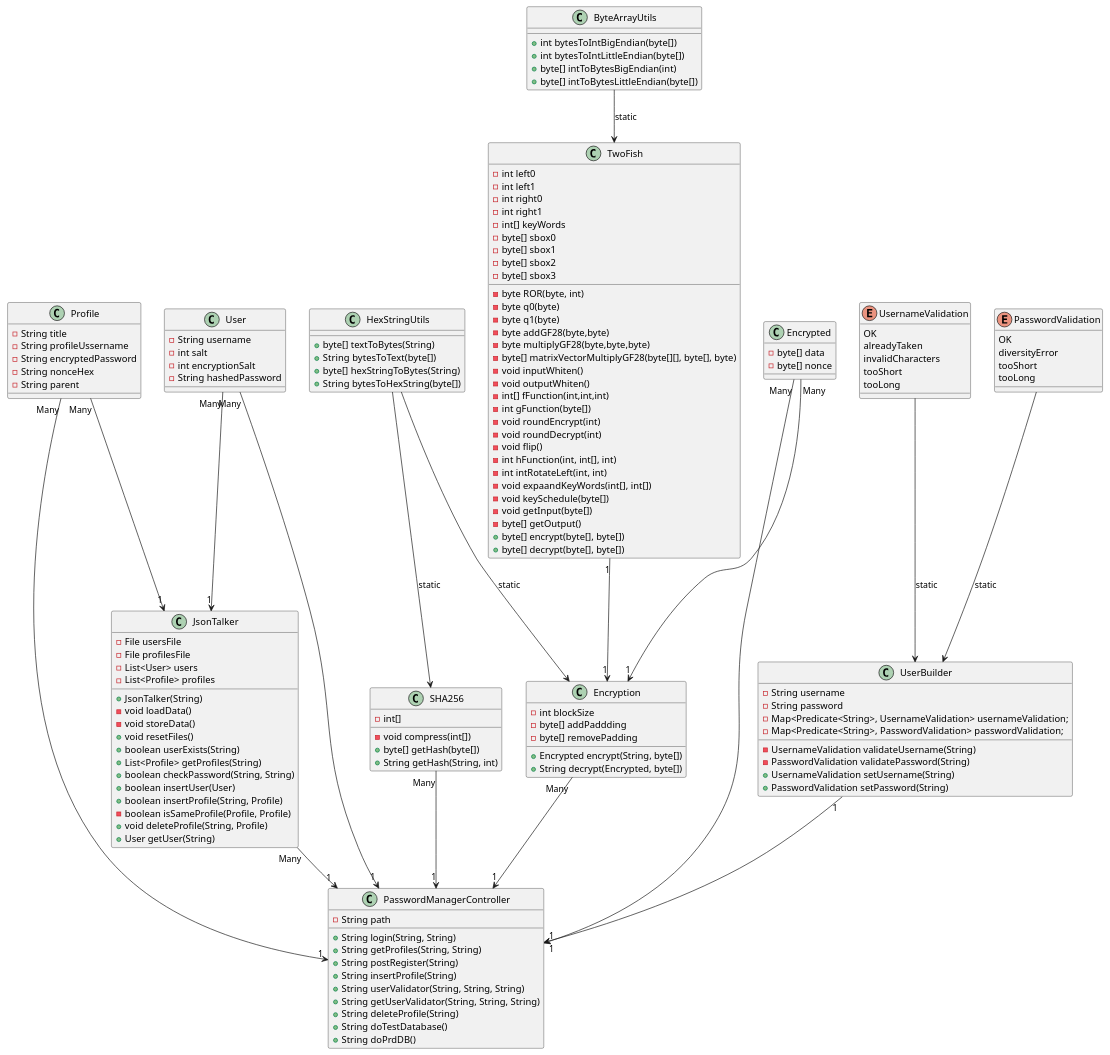
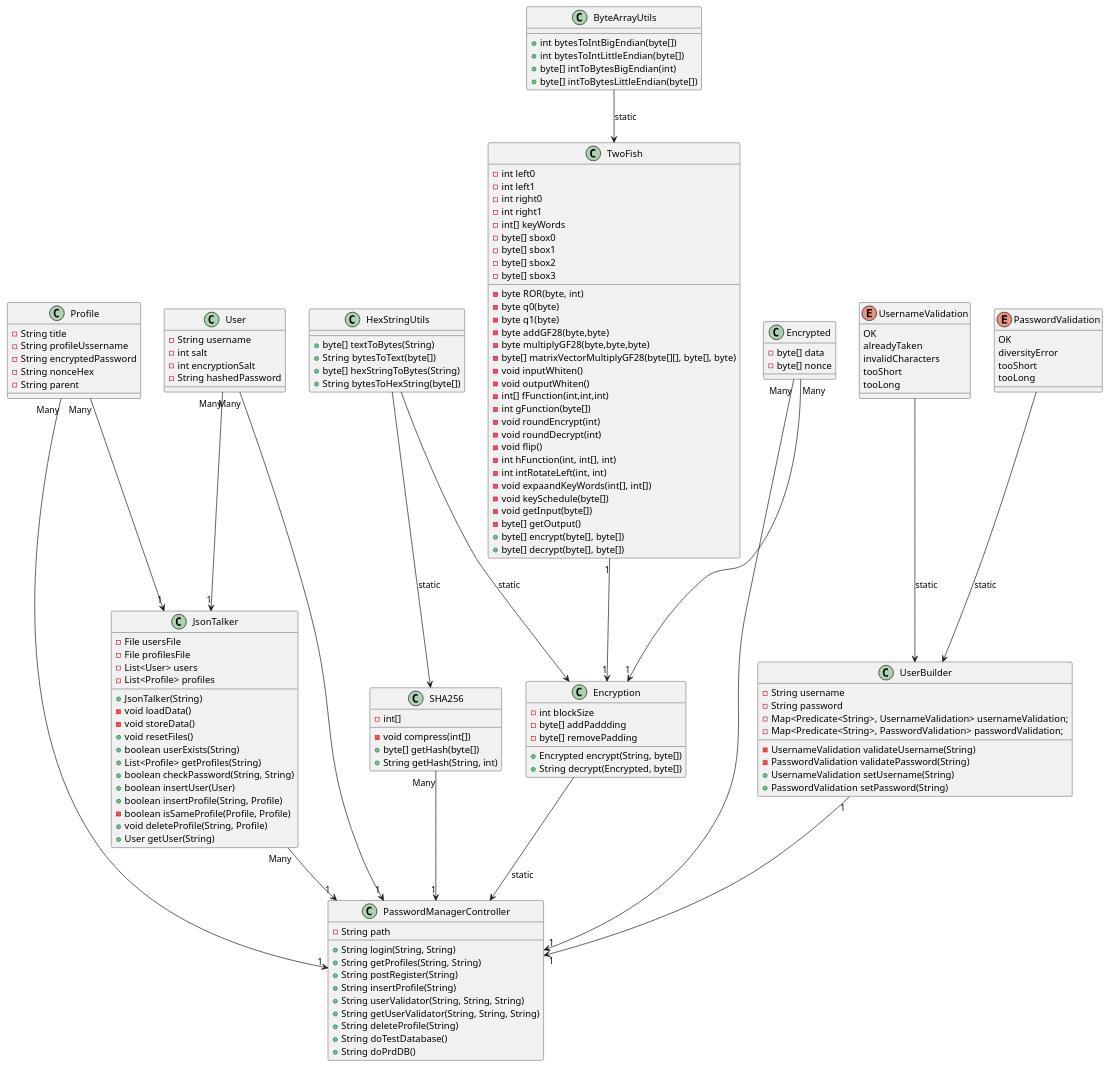
The diagram in docs/project-architecture/ClassDiagram.plantuml (julian-ao/password-manager), drawn with PlantUML before and after one commit.

Commit message:
update to class diagram
Author @sondrkol

relates #79

```diff
--- a/docs/project-architecture/ClassDiagram.plantuml
+++ b/docs/project-architecture/ClassDiagram.plantuml
@@ -1,176 +1,176 @@
 @startuml
 class PasswordManagerController{
 -String path
 +String login(String, String)
 +String getProfiles(String, String)
 +String postRegister(String)
 +String insertProfile(String)
 +String userValidator(String, String, String)
 +String getUserValidator(String, String, String)
 +String deleteProfile(String)
 +String doTestDatabase()
 +String doPrdDB()
 }
 
 
 class JsonTalker{
 -File usersFile
 -File profilesFile
 -List<User> users
 -List<Profile> profiles
 +JsonTalker(String)
 -void loadData()
 -void storeData()
 +void resetFiles()
 +boolean userExists(String)
 +List<Profile> getProfiles(String)
 +boolean checkPassword(String, String)
 +boolean insertUser(User)
 +boolean insertProfile(String, Profile)
 -boolean isSameProfile(Profile, Profile)
 +void deleteProfile(String, Profile)
 +User getUser(String)
 
 }
 
 class Encryption{
 -int blockSize
 -byte[] addPaddding
 -byte[] removePadding
 +Encrypted encrypt(String, byte[])
 +String decrypt(Encrypted, byte[])
 }
 
 
 class TwoFish{
 -int left0
 -int left1
 -int right0
 -int right1
 -int[] keyWords
 -byte[] sbox0
 -byte[] sbox1
 -byte[] sbox2
 -byte[] sbox3
 -byte ROR(byte, int)
 -byte q0(byte)
 -byte q1(byte)
 -byte addGF28(byte,byte)
 -byte multiplyGF28(byte,byte,byte)
 -byte[] matrixVectorMultiplyGF28(byte[][], byte[], byte)
 -void inputWhiten()
 -void outputWhiten()
 -int[] fFunction(int,int,int)
 -int gFunction(byte[])
 -void roundEncrypt(int)
 -void roundDecrypt(int)
 -void flip()
 -int hFunction(int, int[], int)
 -int intRotateLeft(int, int)
 -void expaandKeyWords(int[], int[])
 -void keySchedule(byte[])
 -void getInput(byte[])
 -byte[] getOutput()
 +byte[] encrypt(byte[], byte[])
 +byte[] decrypt(byte[], byte[])
 }
 
 
 
 class HexStringUtils{
 +byte[] textToBytes(String)
 +String bytesToText(byte[])
 +byte[] hexStringToBytes(String)
 +String bytesToHexString(byte[])
 
 }
 
 class SHA256{
 -int[]
 -void compress(int[])
 +byte[] getHash(byte[])
 +String getHash(String, int)
 
 }
 
 
 
 class ByteArrayUtils{
 +int bytesToIntBigEndian(byte[])
 +int bytesToIntLittleEndian(byte[])
 +byte[] intToBytesBigEndian(int)
 +byte[] intToBytesLittleEndian(byte[])
 }
 
 
 class Encrypted{
 -byte[] data
 -byte[] nonce
 }
 
 
 class Profile{
 -String title
 -String profileUssername
 -String encryptedPassword
 -String nonceHex
 -String parent
 }
 
 
 class User{
 -String username
 -int salt
 -int encryptionSalt
 -String hashedPassword
 }
 
 
 enum PasswordValidation{
 OK
 diversityError
 tooShort
 tooLong
 }
 
 
 
 enum UsernameValidation{
 OK
 alreadyTaken
 invalidCharacters
 tooShort
 tooLong
 }
 
 
 
 class UserBuilder{
 -String username
 -String password
 -Map<Predicate<String>, UsernameValidation> usernameValidation;
 -Map<Predicate<String>, PasswordValidation> passwordValidation;
 -UsernameValidation validateUsername(String)
 -PasswordValidation validatePassword(String)
 +UsernameValidation setUsername(String)
 +PasswordValidation setPassword(String)
 }
 
 
 TwoFish "1" --> "1" Encryption
-Encryption "Many" --> "1" PasswordManagerController
+Encryption -->  PasswordManagerController :static
 JsonTalker "Many" --> "1" PasswordManagerController
 SHA256 "Many" --> "1" PasswordManagerController
 ByteArrayUtils --> TwoFish :static
 HexStringUtils --> Encryption :static
 HexStringUtils --> SHA256 :static
 PasswordValidation --> UserBuilder :static
 UsernameValidation --> UserBuilder :static
 Profile "Many" --> "1" JsonTalker
 User "Many" --> "1" JsonTalker
 UserBuilder "1" --> "1" PasswordManagerController
 User "Many" --> "1" PasswordManagerController
 Profile "Many" --> "1"PasswordManagerController
 Encrypted "Many" --> "1" PasswordManagerController
 Encrypted "Many" --> "1" Encryption
 @enduml
```
